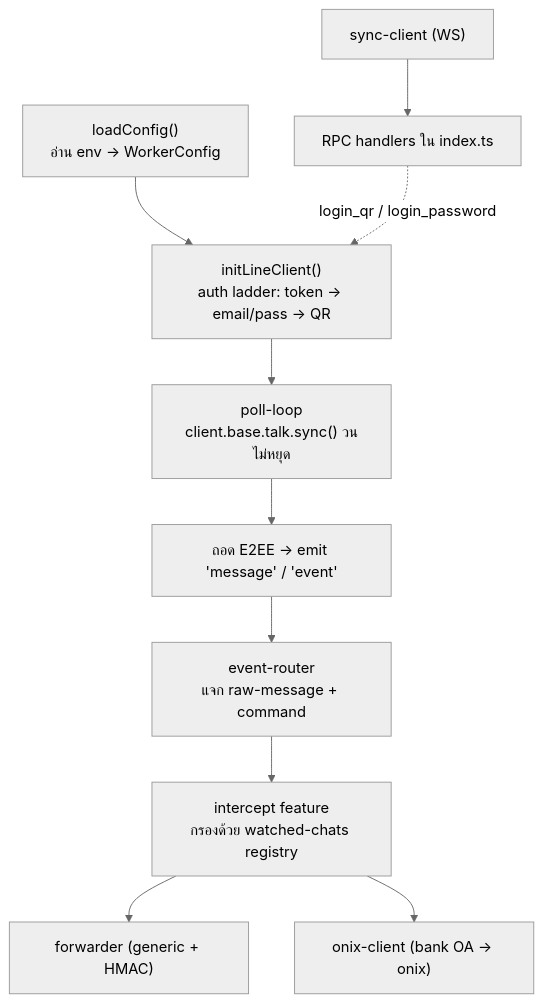
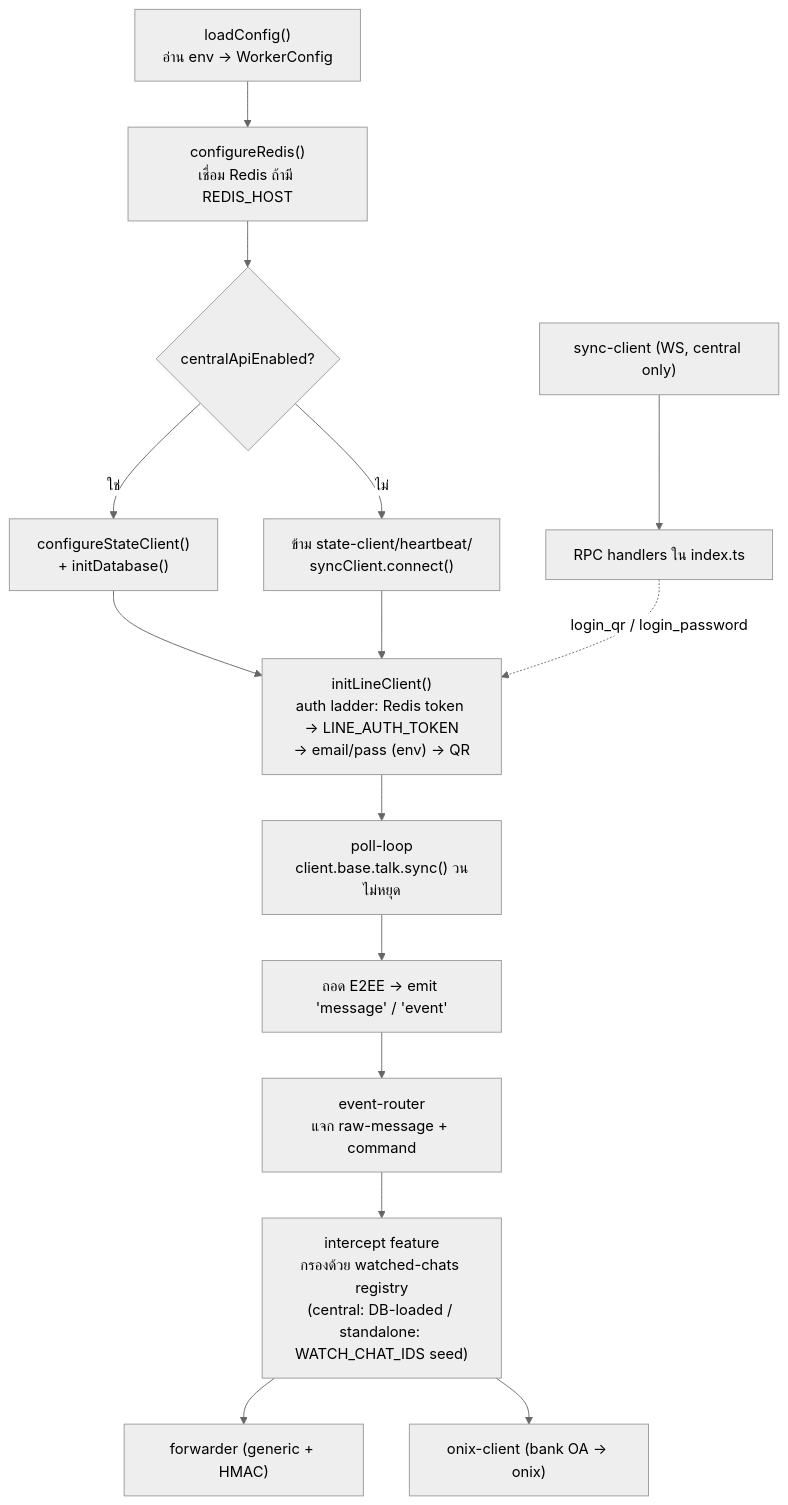
One commit to wintech-thai/please-payment-agent changed the second of 2 diagrams in .docs/architecture.md. Above: the diagram before and after it, drawn with Mermaid (neutral theme). The commit also changed other lines of this file and 16 other files, not shown here.

````diff
--- a/.docs/architecture.md
+++ b/.docs/architecture.md
@@ -74,12 +95,17 @@
 ```mermaid
 flowchart TD
-  cfg["loadConfig()<br/>อ่าน env → WorkerConfig"] --> auth["initLineClient()<br/>auth ladder: token → email/pass → QR"]
+  cfg["loadConfig()<br/>อ่าน env → WorkerConfig"] --> redis["configureRedis()<br/>เชื่อม Redis ถ้ามี REDIS_HOST"]
+  redis --> central{"centralApiEnabled?"}
+  central -->|"ใช่"| state["configureStateClient()<br/>+ initDatabase()"]
+  central -->|"ไม่"| skip["ข้าม state-client/heartbeat/<br/>syncClient.connect()"]
+  state --> auth["initLineClient()<br/>auth ladder: Redis token → LINE_AUTH_TOKEN<br/>→ email/pass (env) → QR"]
+  skip --> auth
   auth --> poll["poll-loop<br/>client.base.talk.sync() วนไม่หยุด"]
   poll --> dec["ถอด E2EE → emit 'message' / 'event'"]
   dec --> router["event-router<br/>แจก raw-message + command"]
-  router --> intercept["intercept feature<br/>กรองด้วย watched-chats registry"]
+  router --> intercept["intercept feature<br/>กรองด้วย watched-chats registry<br/>(central: DB-loaded / standalone: WATCH_CHAT_IDS seed)"]
   intercept --> fwd["forwarder (generic + HMAC)"]
   intercept --> onix["onix-client (bank OA → onix)"]
-  ws["sync-client (WS)"] --> rpc["RPC handlers ใน index.ts"]
+  ws["sync-client (WS, central only)"] --> rpc["RPC handlers ใน index.ts"]
   rpc -. login_qr / login_password .-> auth
 ```
````
